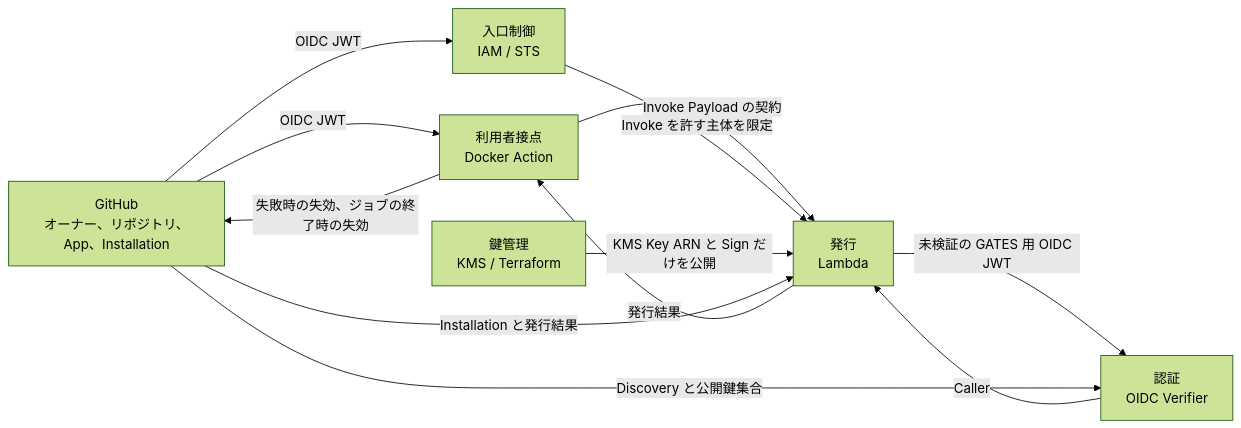
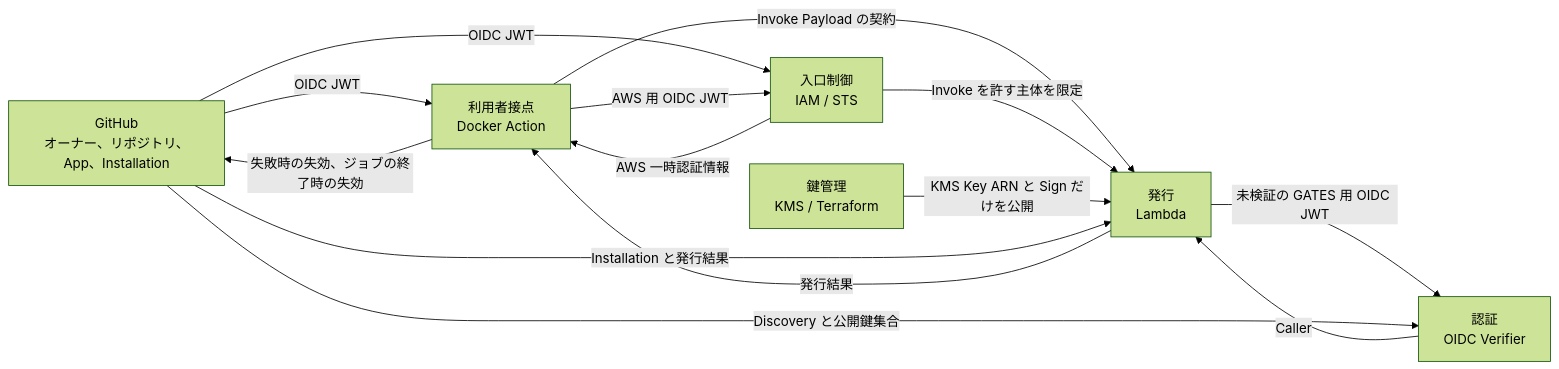
One commit to tmknom/gates changed the third of 3 diagrams in docs/design/domain.md. Above: the diagram before and after it, drawn with Mermaid (forest theme). The commit also changed other lines of this file and 40 other files, not shown here.

````diff
--- a/docs/design/domain.md
+++ b/docs/design/domain.md
@@ -856,20 +857,22 @@
 ```mermaid
 flowchart LR
   GH[GitHub<br/>オーナー、リポジトリ、App、Installation]
   UI[利用者接点<br/>Docker Action]
   EC[入口制御<br/>IAM / STS]
   AN[認証<br/>OIDC Verifier]
   IS[発行<br/>Lambda]
   KC[鍵管理<br/>KMS / Terraform]
   UI -->|Invoke Payload の契約| IS
   EC -->|Invoke を許す主体を限定| IS
   IS -->|未検証の GATES 用 OIDC JWT| AN
   AN -->|Caller| IS
   KC -->|KMS Key ARN と Sign だけを公開| IS
   GH -->|OIDC JWT| UI
   GH -->|OIDC JWT| EC
+  UI -->|AWS 用 OIDC JWT| EC
+  EC -->|AWS 一時認証情報| UI
   GH -->|Discovery と公開鍵集合| AN
   GH -->|Installation と発行結果| IS
   IS -->|発行結果| UI
   UI -->|失敗時の失効、ジョブの終了時の失効| GH
 ```
````
